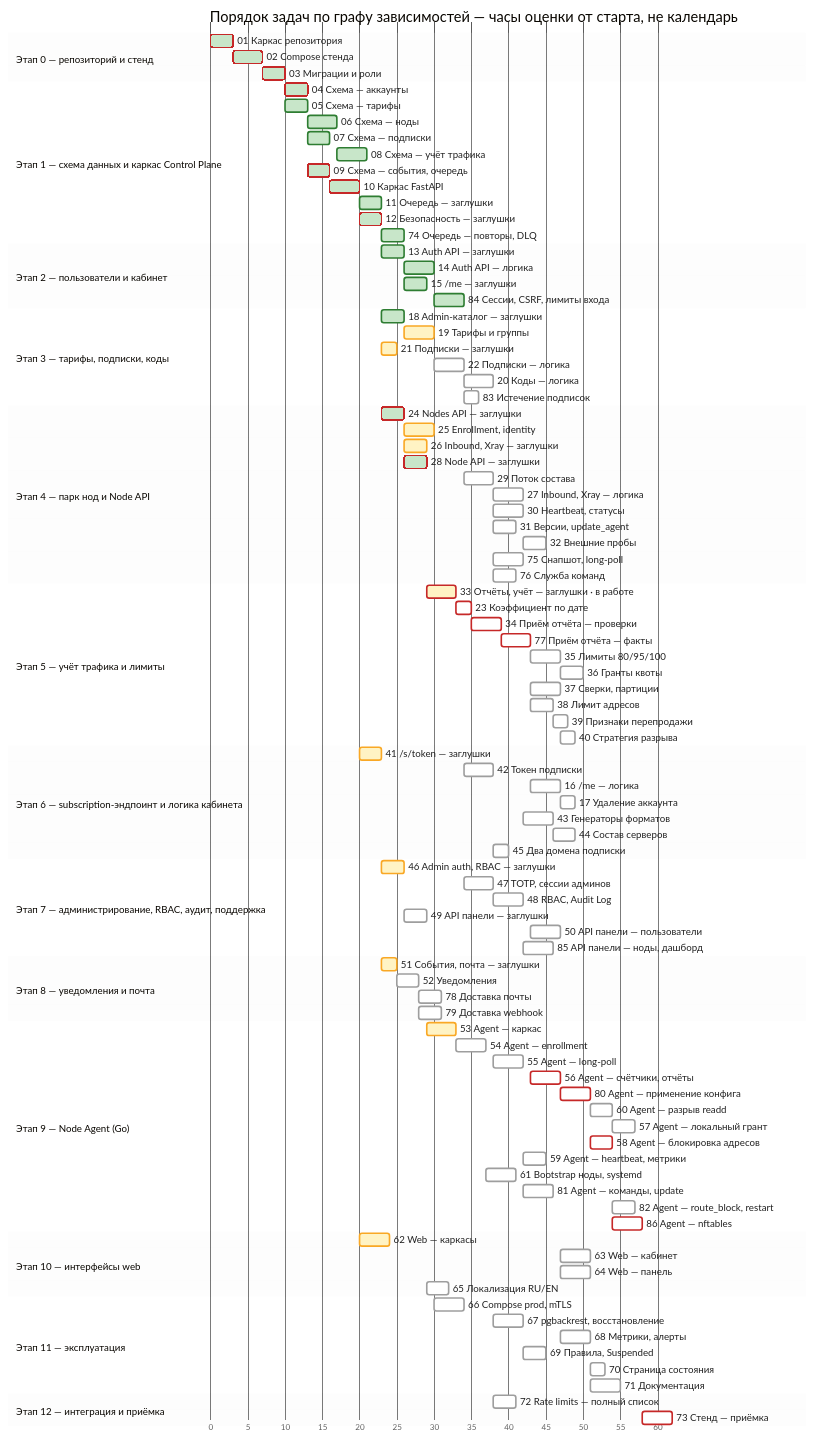
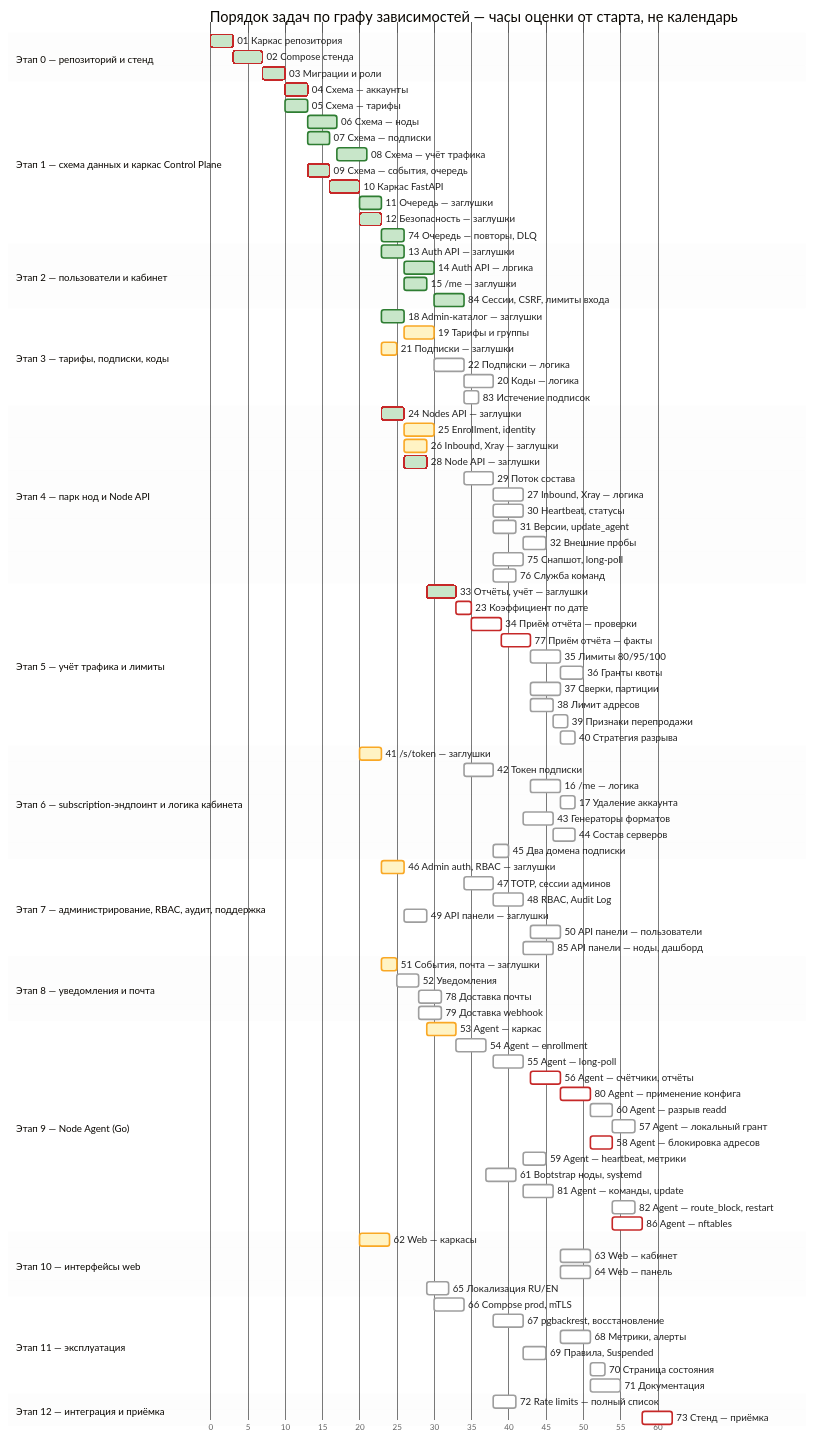
One commit to MatrixFounder/vpn-distribution-system changed the diagram in docs/PLAN.md. Above: the diagram before and after it, drawn with Mermaid. The commit also changed other lines of this file and 1 other file, not shown here.

```diff
--- a/docs/PLAN.md
+++ b/docs/PLAN.md
@@ -156,7 +156,7 @@
     75 Снапшот, long-poll :t75, after t29, 4ms
     76 Служба команд :t76, after t29, 3ms
   section Этап 5 — учёт трафика и лимиты
-    33 Отчёты, учёт — заглушки · в работе :active, crit, t33, after t28 t08, 4ms
+    33 Отчёты, учёт — заглушки :done, crit, t33, after t28 t08, 4ms
     23 Коэффициент по дате :crit, t23, after t19 t33, 2ms
     34 Приём отчёта — проверки :crit, t34, after t33 t23 t22, 4ms
     77 Приём отчёта — факты :crit, t77, after t34 t23, 4ms
```
